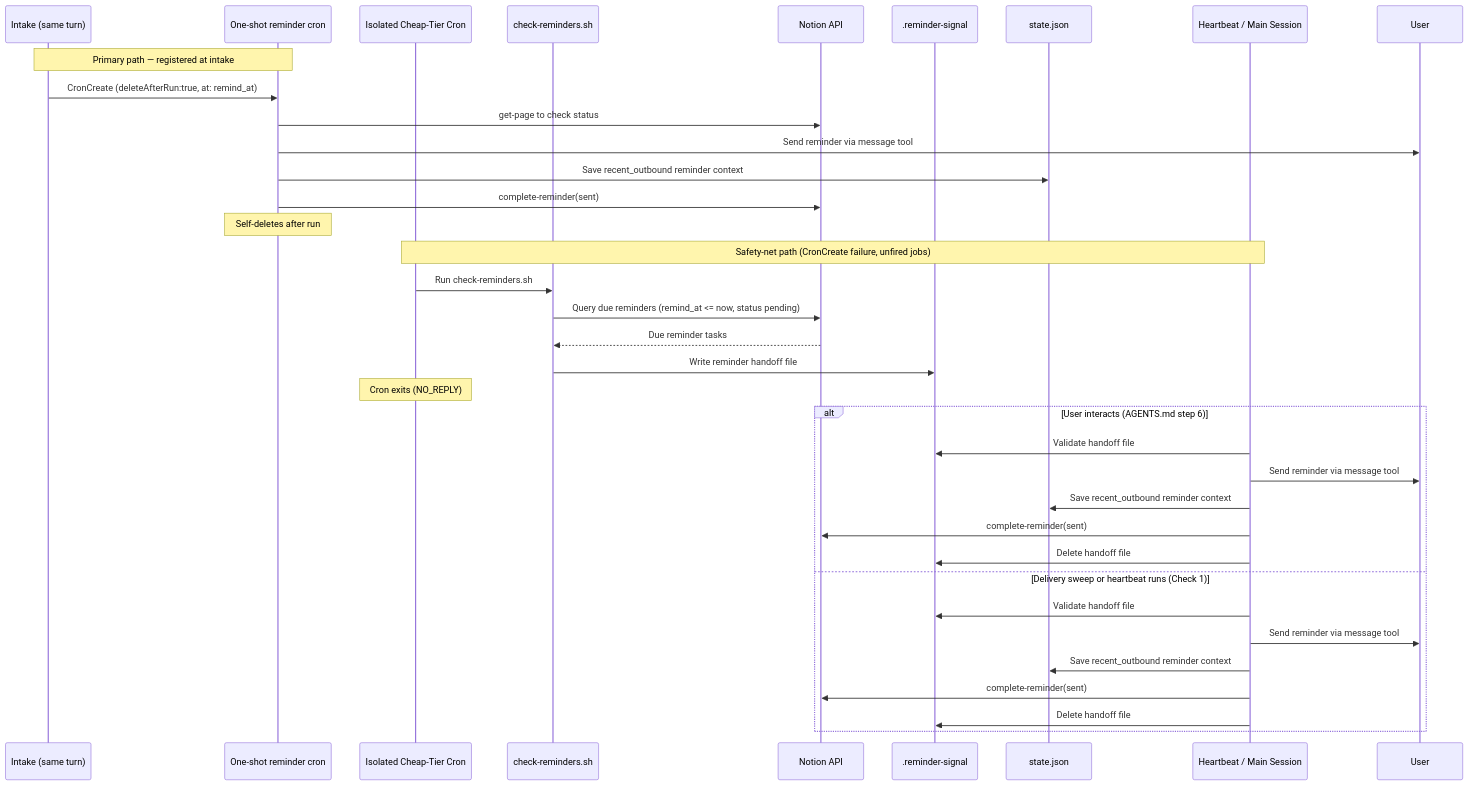
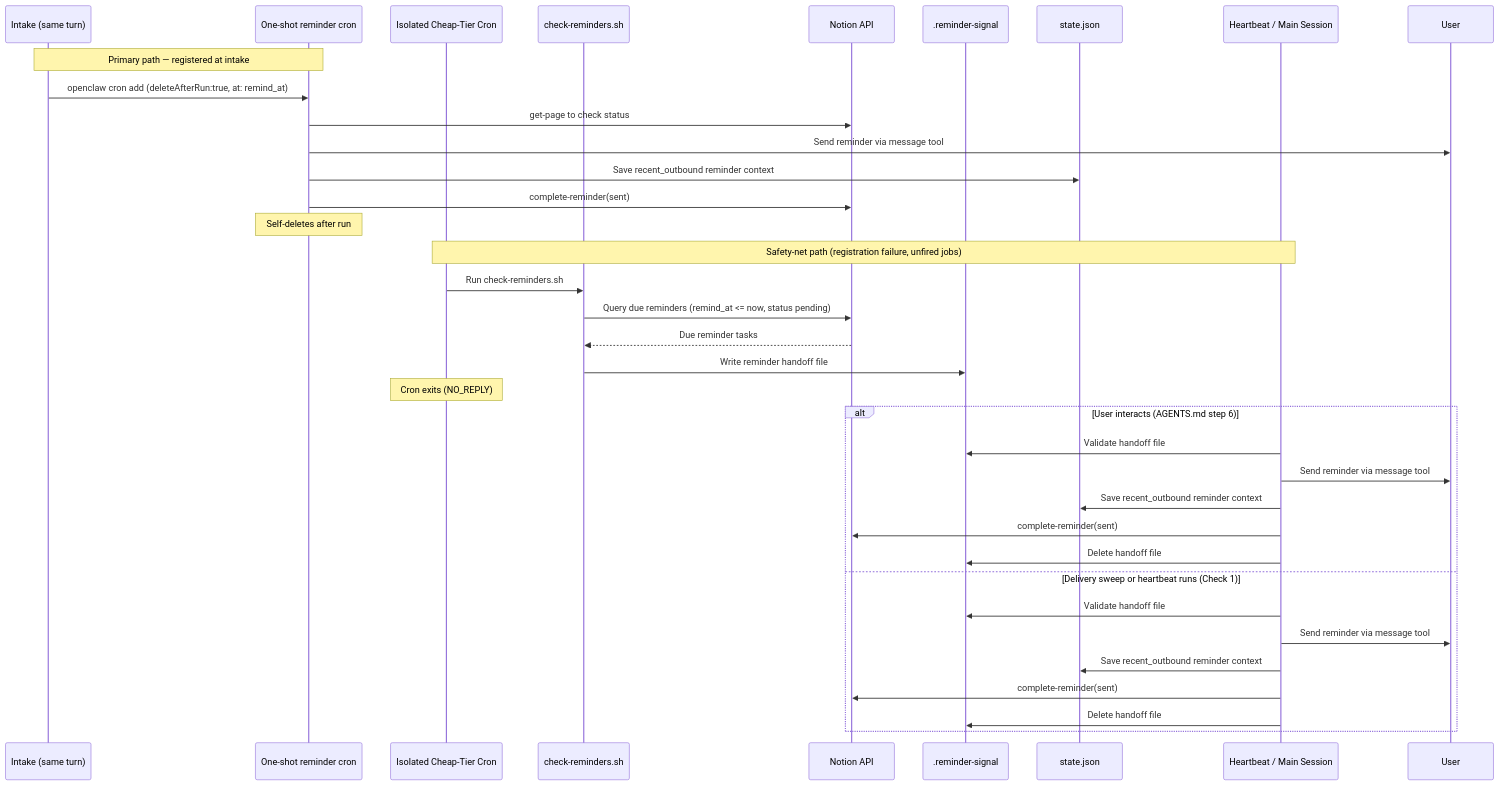
One commit to NickBorgersProbably/hide-my-list changed diagram 22 of 28 in docs/user-interactions.md. Above: the diagram before and after it, drawn with Mermaid. The commit also changed other lines of this file and 13 other files, not shown here.

Commit message:
Fix reminder cron guard docs for CLI path

````diff
--- a/docs/user-interactions.md
+++ b/docs/user-interactions.md
@@ -744,40 +744,40 @@
 ```mermaid
 sequenceDiagram
     participant Intake as Intake (same turn)
     participant OneShotCron as One-shot reminder cron
     participant Cron as Isolated Cheap-Tier Cron
     participant Scr as check-reminders.sh
     participant Notion as Notion API
     participant Signal as .reminder-signal
     participant State as state.json
     participant Delivery as Heartbeat / Main Session
     participant User
 
     Note over Intake,OneShotCron: Primary path — registered at intake
-    Intake->>OneShotCron: CronCreate (deleteAfterRun:true, at: remind_at)
+    Intake->>OneShotCron: openclaw cron add (deleteAfterRun:true, at: remind_at)
     OneShotCron->>Notion: get-page to check status
     OneShotCron->>User: Send reminder via message tool
     OneShotCron->>State: Save recent_outbound reminder context
     OneShotCron->>Notion: complete-reminder(sent)
     Note over OneShotCron: Self-deletes after run
 
-    Note over Cron,Delivery: Safety-net path (CronCreate failure, unfired jobs)
+    Note over Cron,Delivery: Safety-net path (registration failure, unfired jobs)
     Cron->>Scr: Run check-reminders.sh
     Scr->>Notion: Query due reminders (remind_at <= now, status pending)
     Notion-->>Scr: Due reminder tasks
     Scr->>Signal: Write reminder handoff file
     Note over Cron: Cron exits (NO_REPLY)
     alt User interacts (AGENTS.md step 6)
         Delivery->>Signal: Validate handoff file
         Delivery->>User: Send reminder via message tool
         Delivery->>State: Save recent_outbound reminder context
         Delivery->>Notion: complete-reminder(sent)
         Delivery->>Signal: Delete handoff file
     else Delivery sweep or heartbeat runs (Check 1)
         Delivery->>Signal: Validate handoff file
         Delivery->>User: Send reminder via message tool
         Delivery->>State: Save recent_outbound reminder context
         Delivery->>Notion: complete-reminder(sent)
         Delivery->>Signal: Delete handoff file
     end
 ```
````
